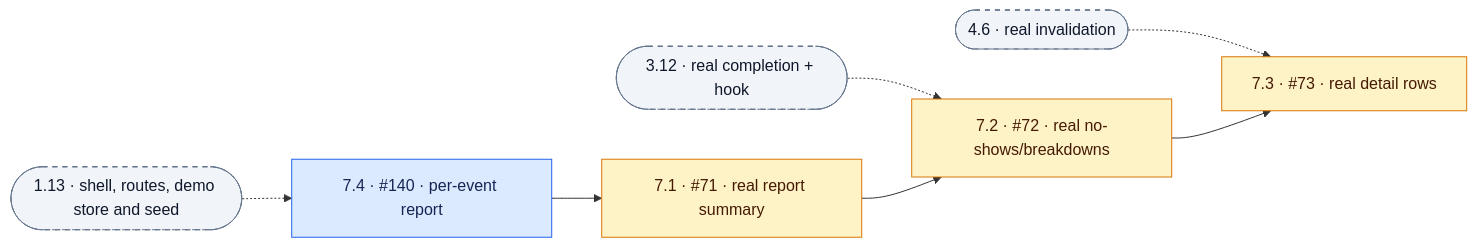
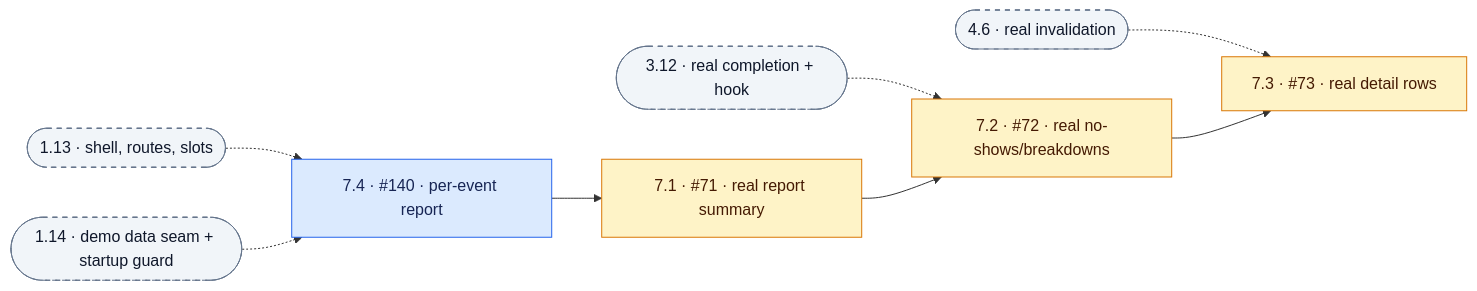
The ninth of 10 diagrams in _bmad-output/initiative-attendta/dependency-graphs-demo-first.md (skaarfundgandr/attendta), drawn with Mermaid before and after one commit. The commit also changed other lines of this file and 60 other files, not shown here.

````diff
--- a/_bmad-output/initiative-attendta/dependency-graphs-demo-first.md
+++ b/_bmad-output/initiative-attendta/dependency-graphs-demo-first.md
@@ -405,21 +439,23 @@
 ```mermaid
 flowchart LR
   t7_4["7.4 · #140 · per-event report"]:::critical
   t7_1["7.1 · #71 · real report summary"]:::integration
   t7_2["7.2 · #72 · real no-shows/breakdowns"]:::integration
   t7_3["7.3 · #73 · real detail rows"]:::integration
-  xt1_13(["1.13 · shell, routes, demo store and seed"]):::ext
+  xt1_13(["1.13 · shell, routes, slots"]):::ext
+  xt1_14(["1.14 · demo data seam + startup guard"]):::ext
   xt3_12(["3.12 · real completion + hook"]):::ext
   xt4_6(["4.6 · real invalidation"]):::ext
   xt1_13 -.-> t7_4
+  xt1_14 -.-> t7_4
   t7_4 --> t7_1
   xt3_12 -.-> t7_2
   xt4_6 -.-> t7_3
   t7_1 --> t7_2
   t7_2 --> t7_3
   classDef critical fill:#dbeafe,stroke:#2563eb,color:#172554
   classDef polish fill:#ede9fe,stroke:#7c3aed,color:#2e1065
   classDef integration fill:#fef3c7,stroke:#d97706,color:#451a03
   classDef finale fill:#dcfce7,stroke:#16a34a,color:#14532d
   classDef ext fill:#f1f5f9,stroke:#64748b,color:#0f172a,stroke-dasharray:5 5
 ```
````
